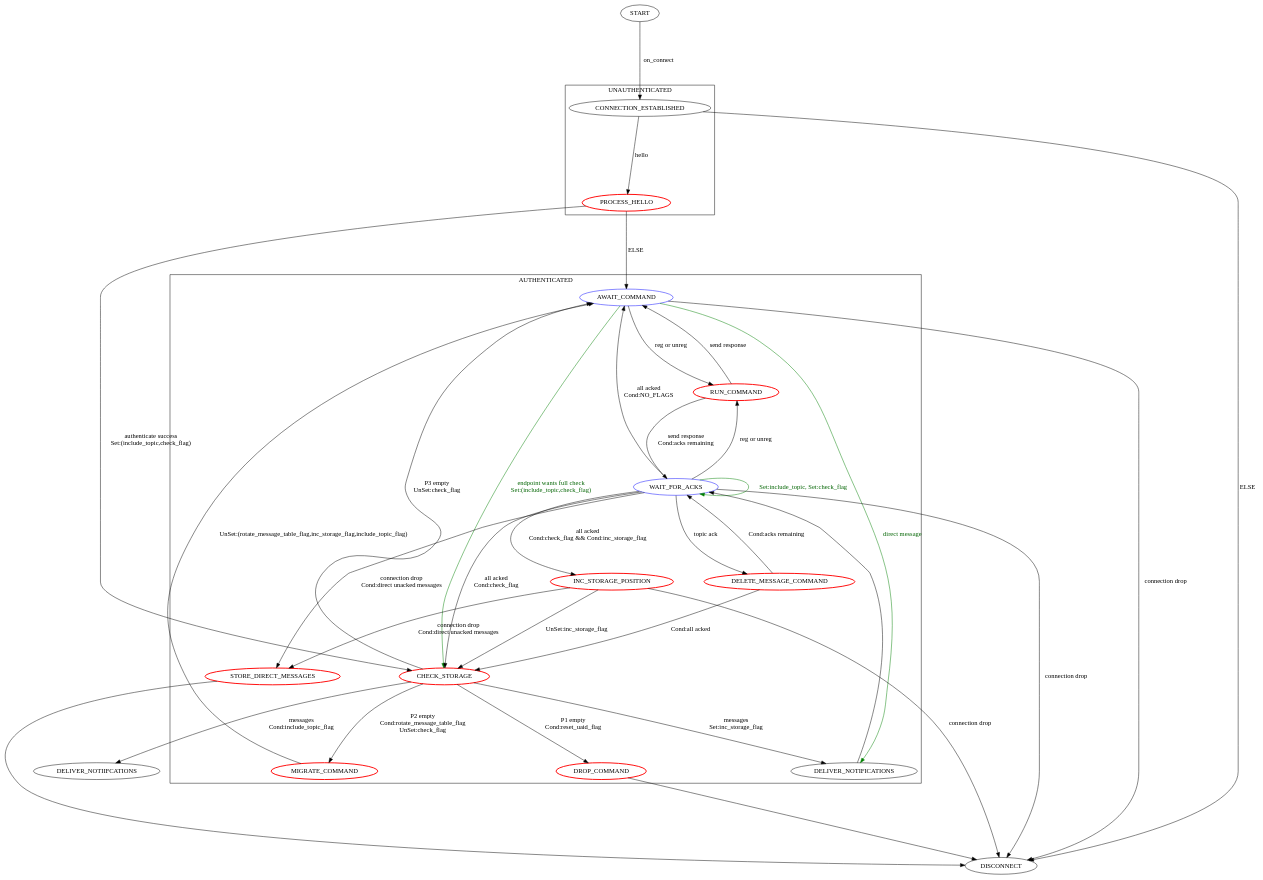
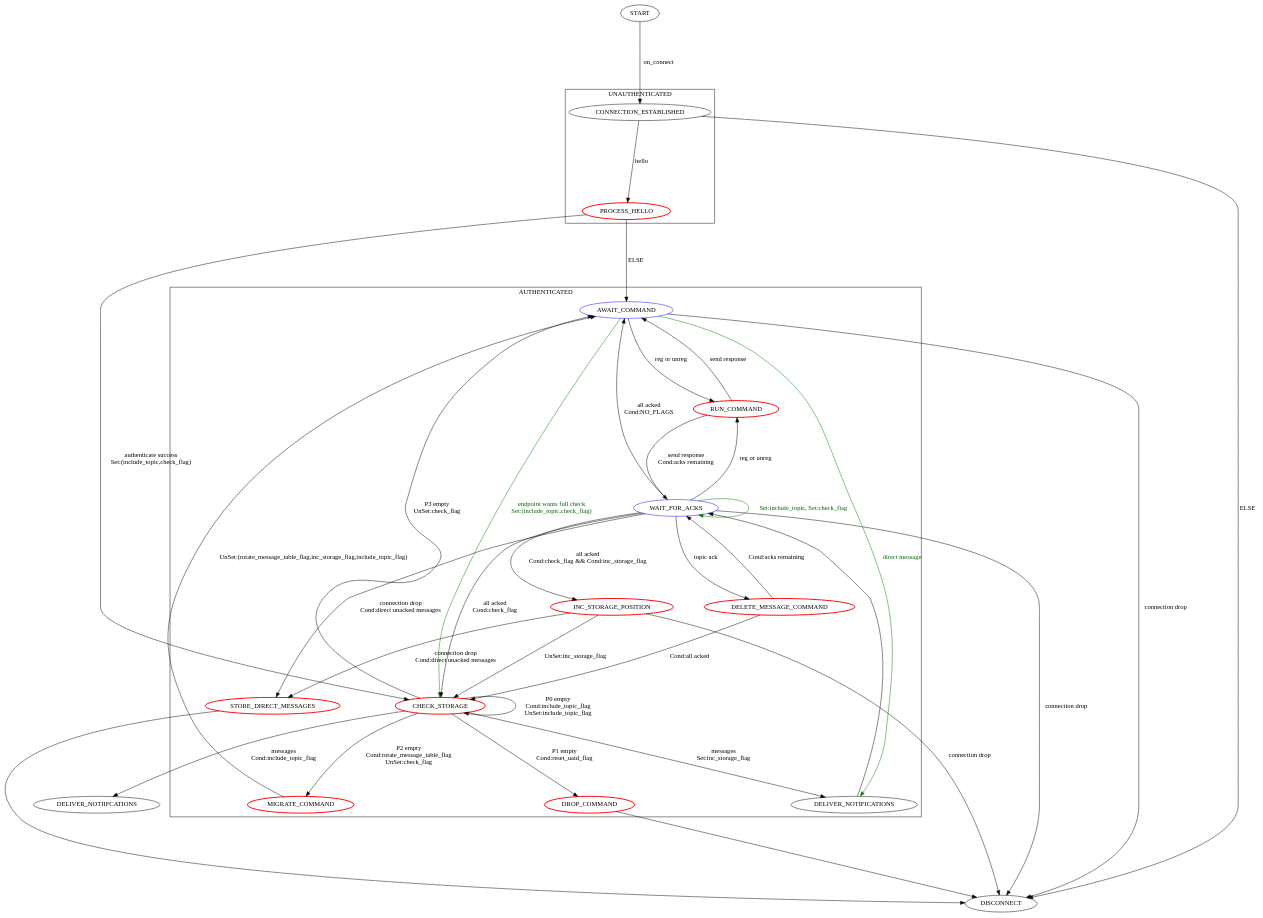
Before and after one commit to mozilla-services/autopush: the diagram in states.dot, drawn with Graphviz.

Commit message:
Toggle include topic flag off it empty messages

```diff
--- a/states.dot
+++ b/states.dot
@@ -1,75 +1,76 @@
 digraph g{
     ranksep="1.7 equally"
     nodesep="0.9 equally"
 
     START -> CONNECTION_ESTABLISHED [label="on_connect"];
 
     subgraph level0 {
         DISCONNECT;
     }
 
     subgraph cluster_unauthenticated {
         label = "UNAUTHENTICATED";
         PROCESS_HELLO [ color = "red", penwidth = 2];
         CONNECTION_ESTABLISHED;
         PROCESS_HELLO;
     }
 
     subgraph cluster_authenticated {
         label = "AUTHENTICATED";
         AWAIT_COMMAND [ color = "blue"];
         RUN_COMMAND;
         WAIT_FOR_ACKS [ color = "blue"];
         DELIVER_NOTIFICATIONS;
         INC_STORAGE_POSITION [ color = "red", penwidth = 2];
         STORE_DIRECT_MESSAGES [ color = "red", penwidth = 2];
         CHECK_STORAGE [ color = "red", penwidth = 2];
         RUN_COMMAND [ color = "red", penwidth = 2];
         MIGRATE_COMMAND [ color = "red", penwidth = 2];
         DROP_COMMAND [ color = "red", penwidth = 2];
         DELETE_MESSAGE_COMMAND [ color = "red", penwidth = 2];
     }
 
     CHECK_STORAGE -> DELIVER_NOTIIFCATIONS [label="messages \n Cond:include_topic_flag"];
     CHECK_STORAGE -> DELIVER_NOTIFICATIONS [label="messages \n Set:inc_storage_flag"];
+    CHECK_STORAGE -> CHECK_STORAGE [label="P0 empty\n Cond:include_topic_flag \n UnSet:include_topic_flag"];
     CHECK_STORAGE -> DROP_COMMAND [label="P1 empty\n Cond:reset_uaid_flag"];
     CHECK_STORAGE -> MIGRATE_COMMAND [label="P2 empty\n Cond:rotate_message_table_flag\n UnSet:check_flag"];
     CHECK_STORAGE -> AWAIT_COMMAND [label="P3 empty\n UnSet:check_flag"];
 
     MIGRATE_COMMAND -> AWAIT_COMMAND [label="UnSet:(rotate_message_table_flag,inc_storage_flag,include_topic_flag)"];
     DROP_COMMAND -> DISCONNECT;
 
     DELIVER_NOTIFICATIONS -> WAIT_FOR_ACKS;
 
     DELETE_MESSAGE_COMMAND -> WAIT_FOR_ACKS [label="Cond:acks remaining"];
     DELETE_MESSAGE_COMMAND -> CHECK_STORAGE [label="Cond:all acked"];
 
     WAIT_FOR_ACKS -> DELETE_MESSAGE_COMMAND [label="topic ack"];
     WAIT_FOR_ACKS -> INC_STORAGE_POSITION [label="all acked \n Cond:check_flag && Cond:inc_storage_flag"];
     WAIT_FOR_ACKS -> CHECK_STORAGE [label="all acked \n Cond:check_flag"];
     WAIT_FOR_ACKS -> AWAIT_COMMAND [label="all acked \n Cond:NO_FLAGS"];
     WAIT_FOR_ACKS -> RUN_COMMAND [label="reg or unreg"];
     WAIT_FOR_ACKS -> DISCONNECT [label="connection drop"];
     WAIT_FOR_ACKS -> WAIT_FOR_ACKS [label="Set:include_topic, Set:check_flag", fontcolor="darkgreen", color="green"];
     WAIT_FOR_ACKS -> STORE_DIRECT_MESSAGES [label="connection drop \n Cond:direct unacked messages"];
 
     INC_STORAGE_POSITION -> CHECK_STORAGE [label="UnSet:inc_storage_flag"];
     INC_STORAGE_POSITION -> STORE_DIRECT_MESSAGES [label="connection drop \n Cond:direct unacked messages"];
     INC_STORAGE_POSITION -> DISCONNECT [label="connection drop"];
 
     AWAIT_COMMAND -> CHECK_STORAGE [label="endpoint wants full check \nSet:(include_topic,check_flag)", fontcolor="darkgreen", color="green"];
     AWAIT_COMMAND -> RUN_COMMAND [label="reg or unreg"];
     AWAIT_COMMAND -> DISCONNECT [label="connection drop"];
     AWAIT_COMMAND -> DELIVER_NOTIFICATIONS [label="direct message", fontcolor="darkgreen", color="green"];
 
     STORE_DIRECT_MESSAGES -> DISCONNECT;
 
     RUN_COMMAND -> AWAIT_COMMAND [label="send response"];
     RUN_COMMAND -> WAIT_FOR_ACKS [label="send response \n Cond:acks remaining"];
 
     CONNECTION_ESTABLISHED -> PROCESS_HELLO [label="hello"];
     CONNECTION_ESTABLISHED -> DISCONNECT [label="ELSE"];
 
     PROCESS_HELLO -> CHECK_STORAGE [label="authenticate success \n Set:(include_topic,check_flag)"];
     PROCESS_HELLO -> AWAIT_COMMAND [label="ELSE"];
 }
```
